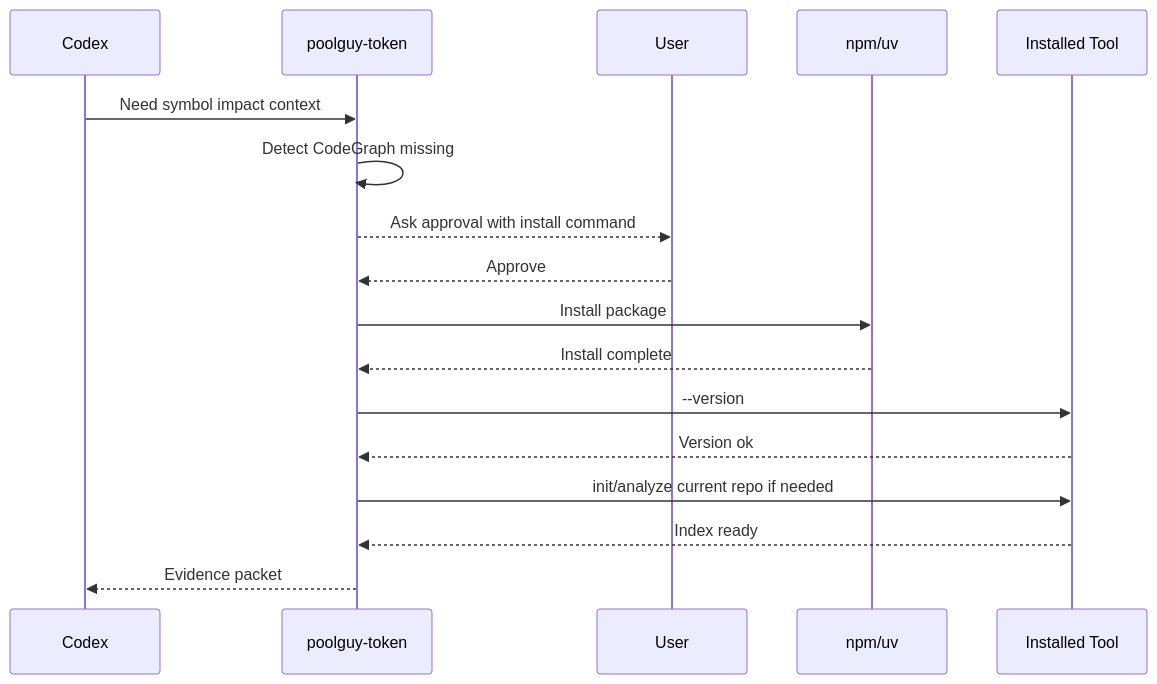
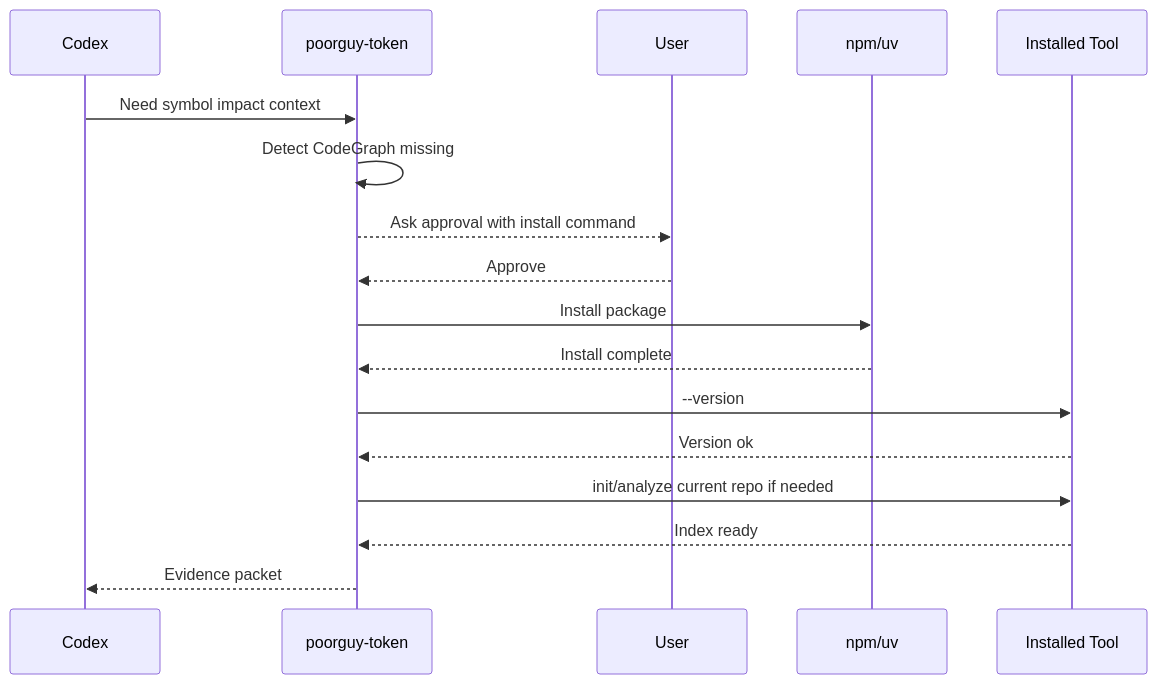
The fifth of 6 diagrams in docs/detailed-design.md (GitDzreal93/poorguy-token), drawn with Mermaid before and after one commit. The commit also changed other lines of this file and 4 other files, not shown here.

Commit message:
Rename skill to poorguy-token

````diff
--- a/docs/detailed-design.md
+++ b/docs/detailed-design.md
@@ -357,20 +357,20 @@
 ```mermaid
 sequenceDiagram
   participant C as Codex
-  participant S as poolguy-token
+  participant S as poorguy-token
   participant U as User
   participant N as npm/uv
   participant T as Installed Tool
 
   C->>S: Need symbol impact context
   S->>S: Detect CodeGraph missing
   S-->>U: Ask approval with install command
   U-->>S: Approve
   S->>N: Install package
   N-->>S: Install complete
   S->>T: --version
   T-->>S: Version ok
   S->>T: init/analyze current repo if needed
   T-->>S: Index ready
   S-->>C: Evidence packet
 ```
````
